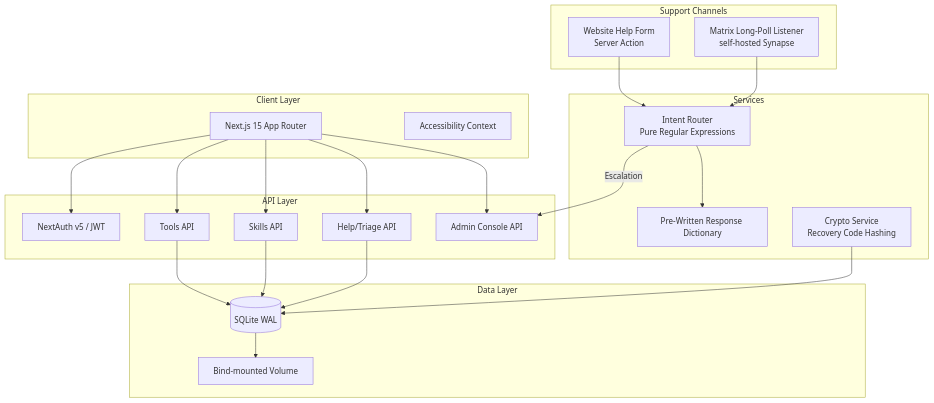
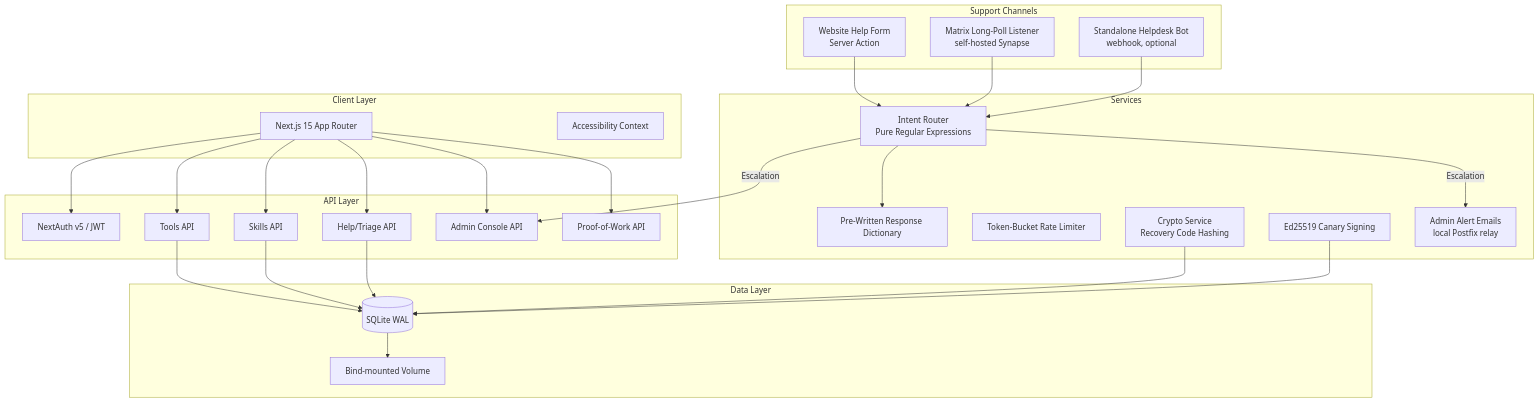
Before and after one commit to csanders01914/toolslibrary: the first of 2 diagrams in README.md, drawn with Mermaid. The commit also changed other lines of this file and 4 other files, not shown here.

````diff
--- a/README.md
+++ b/README.md
@@ -67,46 +80,55 @@
 ```mermaid
 graph TB
     subgraph "Client Layer"
         UI[Next.js 15 App Router]
         WS[Accessibility Context]
     end
 
     subgraph "Support Channels"
         FORM[Website Help Form<br/>Server Action]
         MATRIX[Matrix Long-Poll Listener<br/>self-hosted Synapse]
+        BOT[Standalone Helpdesk Bot<br/>webhook, optional]
     end
 
     subgraph "API Layer"
         AUTH[NextAuth v5 / JWT]
         TOOLS[Tools API]
         SKILLS[Skills API]
         HELP[Help/Triage API]
         ADMIN[Admin Console API]
+        POW[Proof-of-Work API]
     end
 
     subgraph "Services"
         TRIAGE[Intent Router<br/>Pure Regular Expressions]
         RESPONSES[Pre-Written Response Dictionary]
+        RATELIMIT[Token-Bucket Rate Limiter]
         CRYPTO[Crypto Service<br/>Recovery Code Hashing]
+        CANARY[Ed25519 Canary Signing]
+        EMAIL[Admin Alert Emails<br/>local Postfix relay]
     end
 
     subgraph "Data Layer"
         DB[(SQLite WAL)]
         VOL[Bind-mounted Volume]
     end
 
     UI --> AUTH
     UI --> TOOLS
     UI --> SKILLS
     UI --> HELP
     UI --> ADMIN
+    UI --> POW
     FORM --> TRIAGE
     MATRIX --> TRIAGE
+    BOT --> TRIAGE
     TRIAGE --> RESPONSES
     TRIAGE -->|Escalation| ADMIN
+    TRIAGE -->|Escalation| EMAIL
     TOOLS --> DB
     SKILLS --> DB
     HELP --> DB
     CRYPTO --> DB
+    CANARY --> DB
     DB --> VOL
 ```
````
